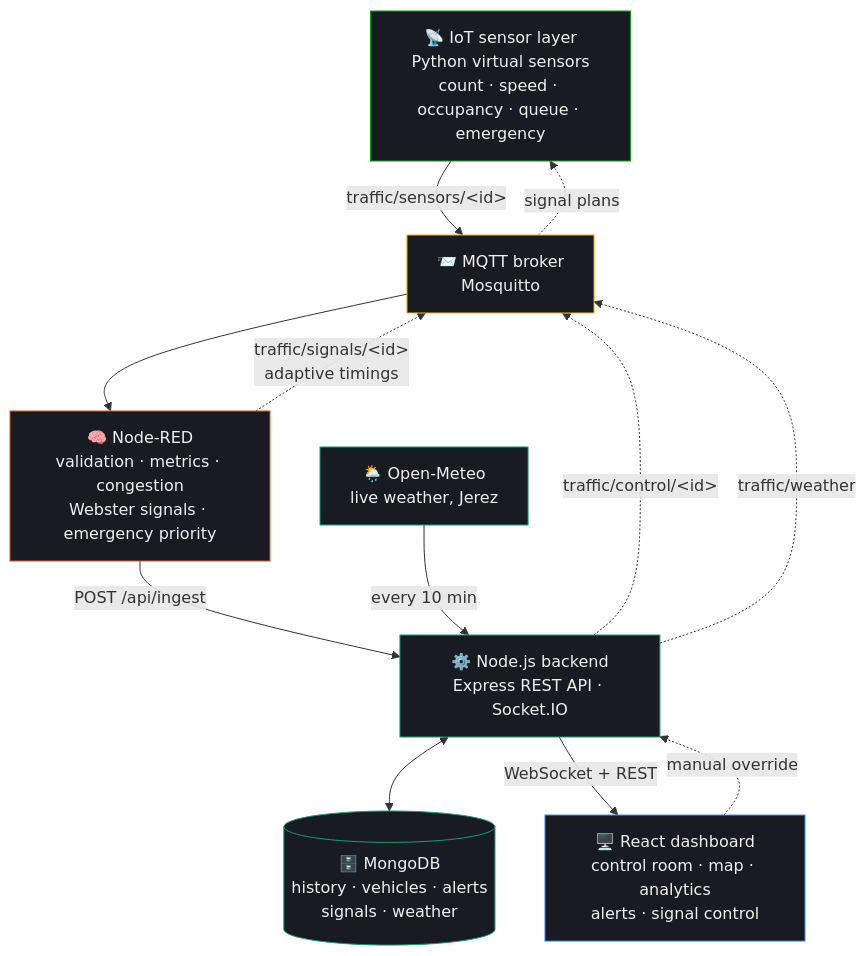
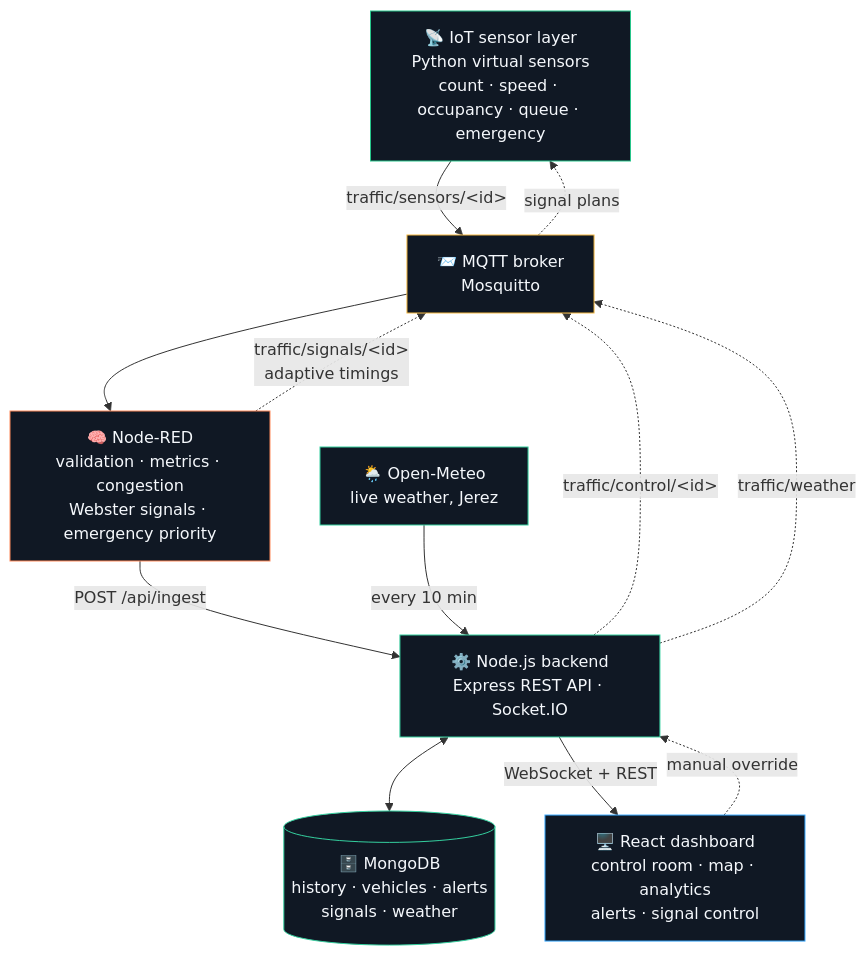
The first of 2 diagrams in README.md (AnassLAMAALAM/FlowSense), drawn with Mermaid before and after one commit. The commit also changed other lines of this file, not shown here.

````diff
--- a/README.md
+++ b/README.md
@@ -78,33 +78,33 @@
 ```mermaid
 flowchart TB
     S["📡 IoT sensor layer<br/>Python virtual sensors<br/>count · speed · occupancy · queue · emergency"]
     M["📨 MQTT broker<br/>Mosquitto"]
     N["🧠 Node-RED<br/>validation · metrics · congestion<br/>Webster signals · emergency priority"]
     B["⚙️ Node.js backend<br/>Express REST API · Socket.IO"]
     D[("🗄️ MongoDB<br/>history · vehicles · alerts<br/>signals · weather")]
     W["🌦️ Open-Meteo<br/>live weather, Jerez"]
     UI["🖥️ React dashboard<br/>control room · map · analytics<br/>alerts · signal control"]
 
     S -- "traffic/sensors/&lt;id&gt;" --> M
     M --> N
     N -- "POST /api/ingest" --> B
     B <--> D
     W -- "every 10 min" --> B
     B -- "WebSocket + REST" --> UI
     N -. "traffic/signals/&lt;id&gt;<br/>adaptive timings" .-> M
     M -. "signal plans" .-> S
     UI -. "manual override" .-> B
     B -. "traffic/control/&lt;id&gt;" .-> M
     B -. "traffic/weather" .-> M
 
-    classDef device fill:#181b21,stroke:#0ca30c,color:#f0efec
-    classDef broker fill:#181b21,stroke:#fab219,color:#f0efec
-    classDef logic fill:#181b21,stroke:#d95926,color:#f0efec
-    classDef api fill:#181b21,stroke:#199e70,color:#f0efec
-    classDef ui fill:#181b21,stroke:#3987e5,color:#f0efec
+    classDef device fill:#101824,stroke:#27c58a,color:#f5f8fc
+    classDef broker fill:#101824,stroke:#f5b942,color:#f5f8fc
+    classDef logic fill:#101824,stroke:#ff8a5b,color:#f5f8fc
+    classDef api fill:#101824,stroke:#35d09f,color:#f5f8fc
+    classDef ui fill:#101824,stroke:#35a7ff,color:#f5f8fc
     class S device
     class M broker
     class N logic
     class B,D,W api
     class UI ui
 ```
````
